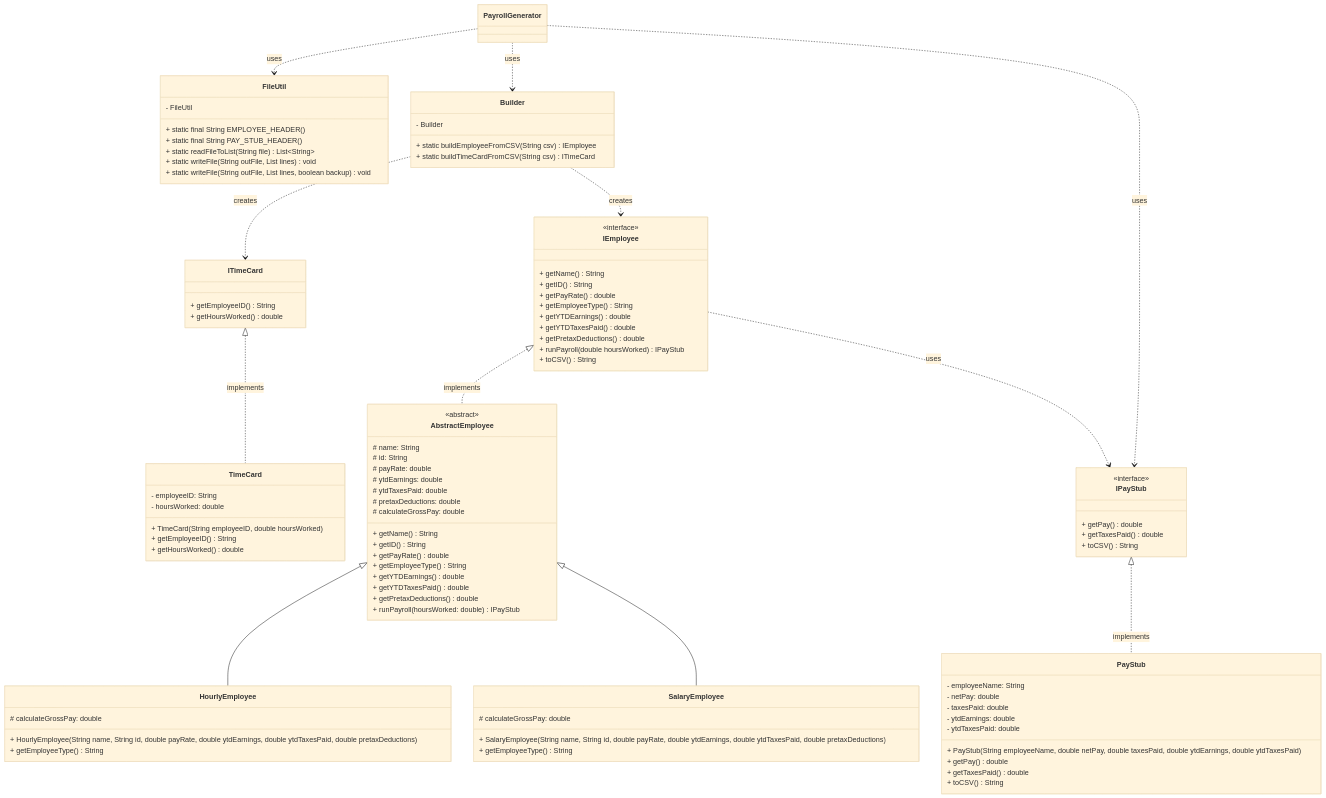
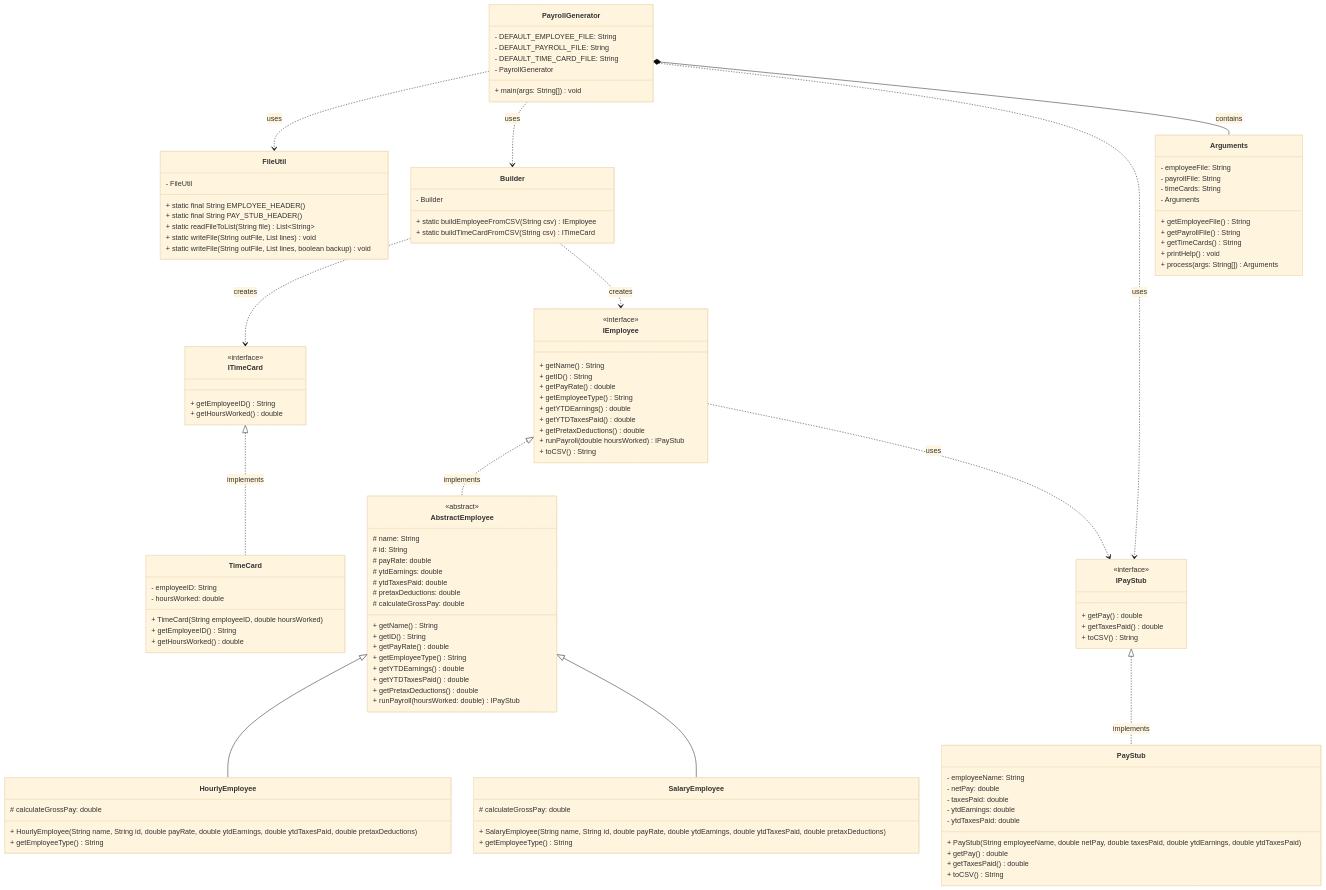
One commit to 5004-SEA-Fa24-Geeng/payroll-gen-xiaoyesaya changed the diagram in DesignDocument.md. Above: the diagram before and after it, drawn with Mermaid (base theme).

Commit message:
uml modification

````diff
--- a/DesignDocument.md
+++ b/DesignDocument.md
@@ -17,6 +17,7 @@
     PayrollGenerator ..> FileUtil : uses
     PayrollGenerator ..> Builder : uses
     PayrollGenerator ..> IPayStub : uses
+    PayrollGenerator *-- Arguments : contains
     IEmployee ..> IPayStub : uses
     Builder ..> ITimeCard : creates
     Builder ..> IEmployee : creates
@@ -40,6 +41,7 @@
 
     }
     class ITimeCard{
+        <<interface>>
         + getEmployeeID() String
         + getHoursWorked() double
     }
@@ -103,5 +105,23 @@
         + getEmployeeID() String
         + getHoursWorked() double
     }
+    class PayrollGenerator {
+        - DEFAULT_EMPLOYEE_FILE: String
+        - DEFAULT_PAYROLL_FILE: String
+        - DEFAULT_TIME_CARD_FILE: String
+        - PayrollGenerator
+        + main(args: String[]) void
+    }
+    class Arguments {
+        - employeeFile: String
+        - payrollFile: String
+        - timeCards: String
+        - Arguments
+        + getEmployeeFile() String
+        + getPayrollFile() String
+        + getTimeCards() String
+        + printHelp() void
+        + process(args: String[]) Arguments
+    }
 
 ```
````
